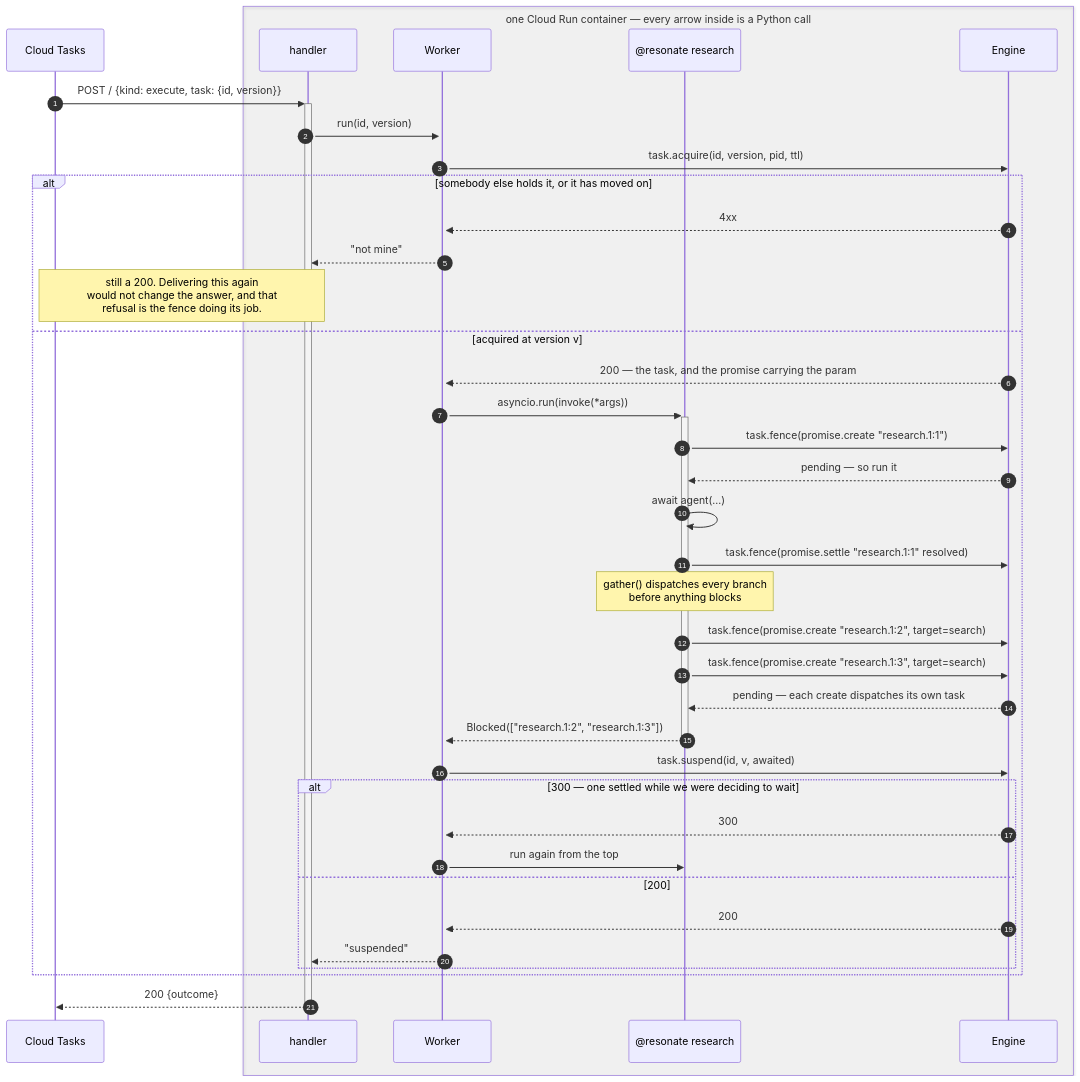
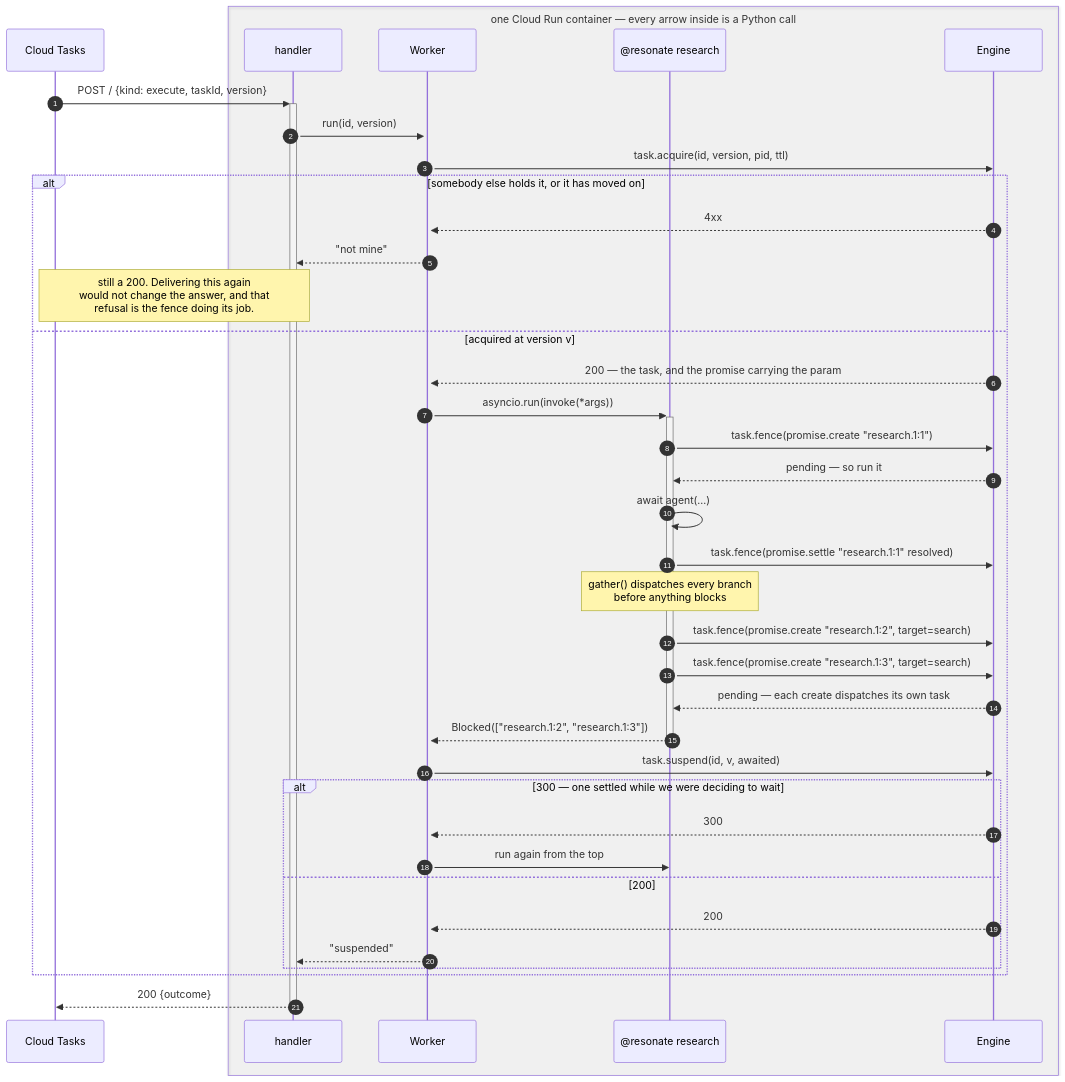
Before and after one commit to resonatehq/durable-execution: the fourth of 6 diagrams in code/final/SEQUENCE.md, drawn with Mermaid. The commit also changed 7 other files, not shown here.

````diff
--- a/code/final/SEQUENCE.md
+++ b/code/final/SEQUENCE.md
@@ -149,46 +149,46 @@
 ```mermaid
 sequenceDiagram
     autonumber
     participant Q as Cloud Tasks
     box rgba(128,128,128,0.08) one Cloud Run container — every arrow inside is a Python call
         participant H as handler
         participant W as Worker
         participant Fn as @resonate research
         participant E as Engine
     end
 
-    Q->>+H: POST / {kind: execute, task: {id, version}}
+    Q->>+H: POST / {kind: execute, taskId, version}
     H->>+W: run(id, version)
     W->>E: task.acquire(id, version, pid, ttl)
 
     alt somebody else holds it, or it has moved on
         E-->>W: 4xx
         W-->>H: "not mine"
         Note over H,Q: still a 200. Delivering this again<br/>would not change the answer, and that<br/>refusal is the fence doing its job.
     else acquired at version v
         E-->>W: 200 — the task, and the promise carrying the param
         W->>+Fn: asyncio.run(invoke(*args))
 
         Fn->>E: task.fence(promise.create "research.1:1")
         E-->>Fn: pending — so run it
         Fn->>Fn: await agent(...)
         Fn->>E: task.fence(promise.settle "research.1:1" resolved)
 
         Note over Fn: gather() dispatches every branch<br/>before anything blocks
         Fn->>E: task.fence(promise.create "research.1:2", target=search)
         Fn->>E: task.fence(promise.create "research.1:3", target=search)
         E-->>Fn: pending — each create dispatches its own task
         Fn-->>-W: Blocked(["research.1:2", "research.1:3"])
 
         W->>E: task.suspend(id, v, awaited)
         alt 300 — one settled while we were deciding to wait
             E-->>W: 300
             W->>Fn: run again from the top
         else 200
             E-->>W: 200
             W-->>H: "suspended"
         end
     end
 
     H-->>-Q: 200 {outcome}
 ```
````
